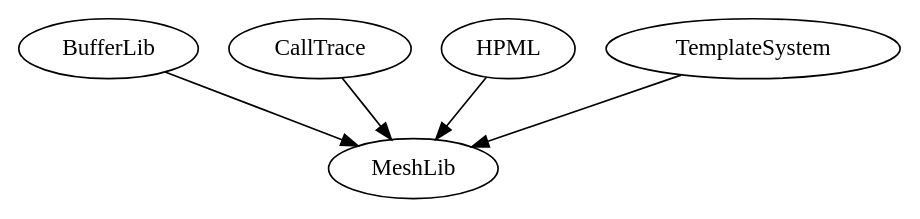
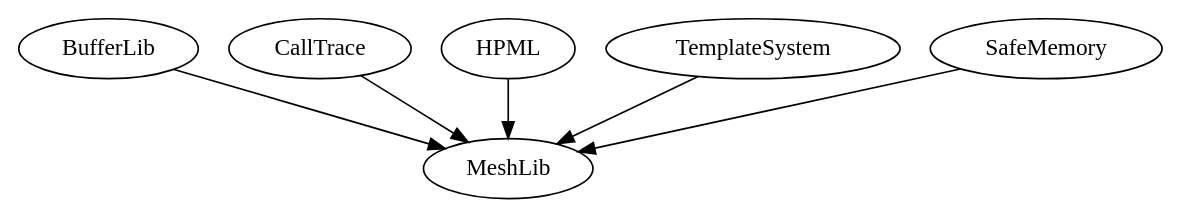
The diagram in MeshLib.gv (ravi688/MeshLib), drawn with Graphviz before and after one commit. The commit also changed 5 other files, not shown here.

Commit message:
Added SafeMemory submodule

```diff
--- a/MeshLib.gv
+++ b/MeshLib.gv
@@ -1,25 +1,30 @@
 #pragma once
 
 digraph MeshLib {
 	
 	#define digraph subgraph
 	#include <BufferLib.gv>
 	#undef digraph
 
 	#define digraph subgraph
 	#include <CallTrace.gv>
 	#undef digraph
 	
 	#define digraph subgraph
 	#include <HPML.gv>
 	#undef digraph
 
 	#define digraph subgraph
 	#include <TemplateSystem.gv>
 	#undef digraph
 
+	#define digraph subgraph
+	#include <SafeMemory.gv>
+	#undef digraph
+
 	BufferLib -> MeshLib;
 	CallTrace -> MeshLib;
 	HPML -> MeshLib;
 	TemplateSystem -> MeshLib;
+	SafeMemory -> MeshLib;
 }
```
